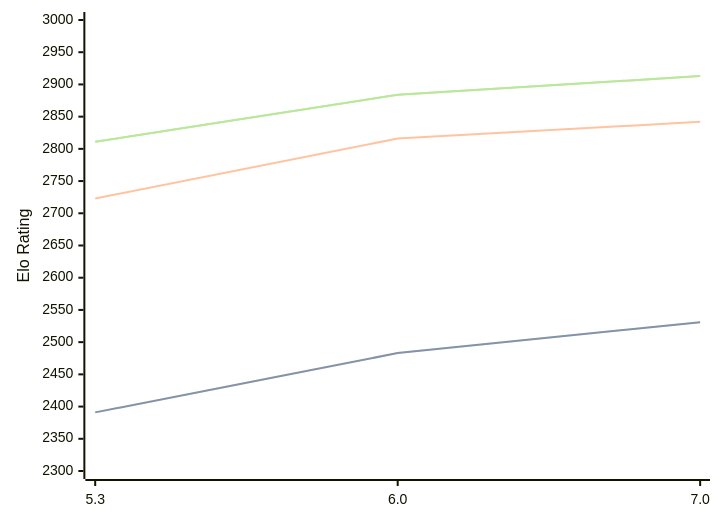
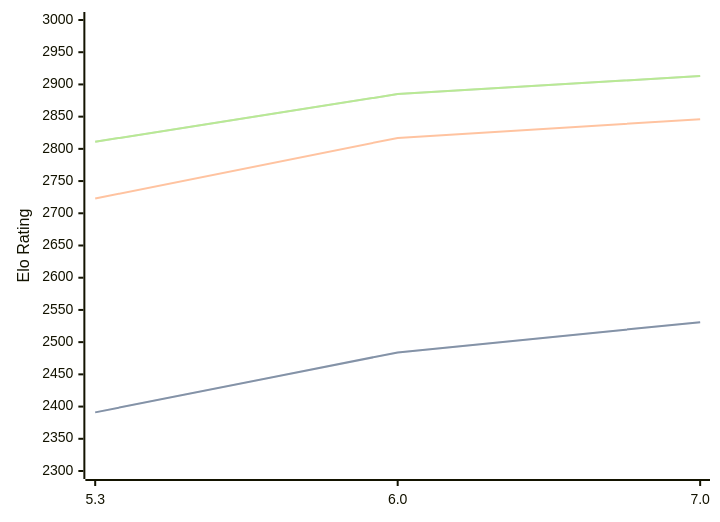
Before and after one commit to computer-chess-index/cci: the diagram in engines/tomitankChess.md, drawn with Mermaid. The commit also changed other lines of this file, not shown here.

Commit message:
Update CCI Ratings (ELO VLTC) - 2026-09-16

````diff
--- a/engines/tomitankChess.md
+++ b/engines/tomitankChess.md
@@ -33,11 +33,11 @@
 ```mermaid
 %%{init: {"theme":"base","themeVariables":{"seriesColors:['#a3a3a3','#222221','#faa371']}}}%%
 xychart-beta
   x-axis ["5.3", "6.0", "7.0"]
   y-axis "Elo Rating" 2300 --> 3000
-  line "" [2391, 2483, 2531]
-  line "STC (8.0+0.08s)" [2391, 2483, 2531]
-  line "LTC (60.0+0.60s)" [2723, 2816, 2842]
-  line "" [2811, 2884, 2913]
-  line "VLTC (2m24s+1.12s)" [2811, 2884, 2913]
+  line "" [2391, 2484, 2531]
+  line "STC (8.0+0.08s)" [2391, 2484, 2531]
+  line "LTC (60.0+0.60s)" [2723, 2817, 2846]
+  line "" [2811, 2885, 2913]
+  line "VLTC (2m24s+1.12s)" [2811, 2885, 2913]
 ```
````
